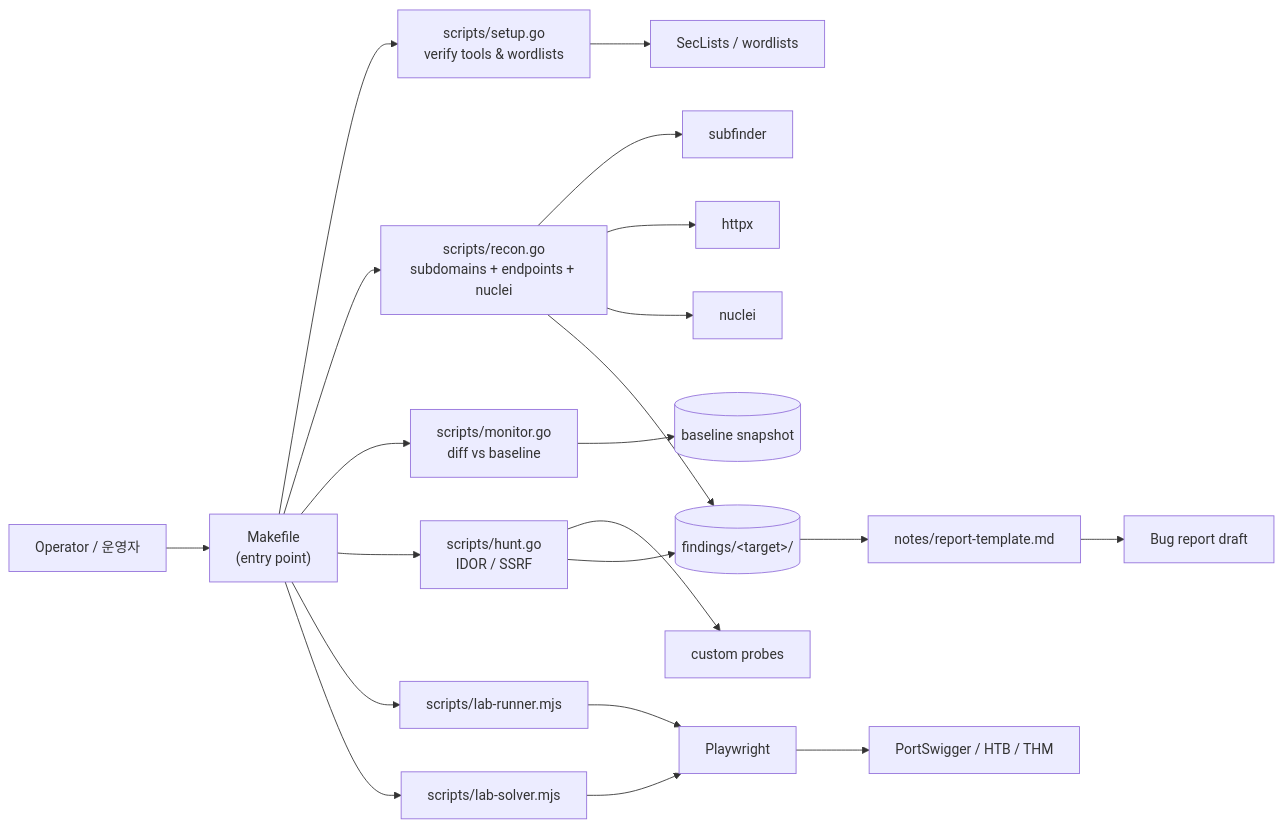
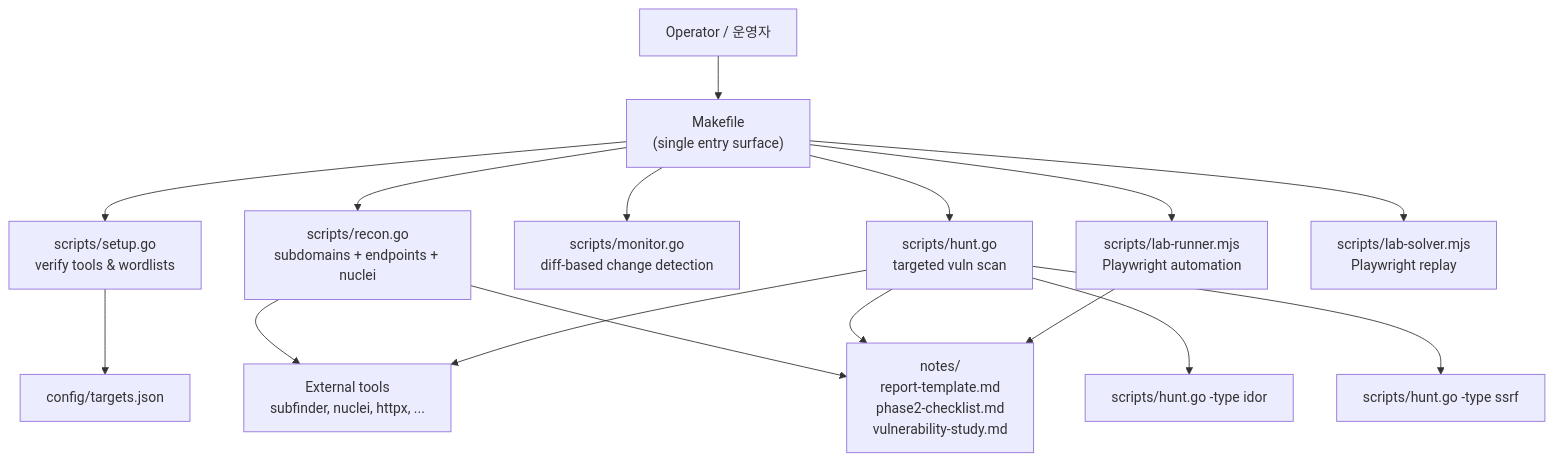
One commit to jclee941/bug changed the diagram in README.md. Above: the diagram before and after it, drawn with Mermaid. The commit also changed other lines of this file, not shown here.

````diff
--- a/README.md
+++ b/README.md
@@ -78,28 +67,32 @@
 ```mermaid
-flowchart LR
-    Operator["Operator / 운영자"] --> Make["Makefile<br/>(entry point)"]
+flowchart TD
+    User["Operator / 운영자"]
+    Make["Makefile<br/>(single entry surface)"]
+    Setup["scripts/setup.go<br/>verify tools &amp; wordlists"]
+    Recon["scripts/recon.go<br/>subdomains + endpoints + nuclei"]
+    Monitor["scripts/monitor.go<br/>diff-based change detection"]
+    Hunt["scripts/hunt.go<br/>targeted vuln scan"]
+    HuntIDOR["scripts/hunt.go -type idor"]
+    HuntSSRF["scripts/hunt.go -type ssrf"]
+    LabRunner["scripts/lab-runner.mjs<br/>Playwright automation"]
+    LabSolver["scripts/lab-solver.mjs<br/>Playwright replay"]
+    Targets["config/targets.json"]
+    Notes["notes/<br/>report-template.md<br/>phase2-checklist.md<br/>vulnerability-study.md"]
+    ExternalTools["External tools<br/>subfinder, nuclei, httpx, ..."]
 
-    Make --> Setup["scripts/setup.go<br/>verify tools &amp; wordlists"]
-    Make --> Recon["scripts/recon.go<br/>subdomains + endpoints + nuclei"]
-    Make --> Monitor["scripts/monitor.go<br/>diff vs baseline"]
-    Make --> Hunt["scripts/hunt.go<br/>IDOR / SSRF"]
-
-    Recon --> Subfinder["subfinder"]
-    Recon --> Httpx["httpx"]
-    Recon --> Nuclei["nuclei"]
-    Hunt --> Custom["custom probes"]
-
-    Setup --> Wordlists["SecLists / wordlists"]
-    Monitor --> Baseline[("baseline snapshot")]
-    Recon --> Out[("findings/&lt;target&gt;/")]
-    Hunt --> Out
-
-    Make --> LabRunner["scripts/lab-runner.mjs"]
-    Make --> LabSolver["scripts/lab-solver.mjs"]
-    LabRunner --> PW["Playwright"]
-    LabSolver --> PW
-    PW --> Academy["PortSwigger / HTB / THM"]
-
-    Out --> Notes["notes/report-template.md"]
-    Notes --> Report["Bug report draft"]
+    User --> Make
+    Make --> Setup
+    Make --> Recon
+    Make --> Monitor
+    Make --> Hunt
+    Hunt --> HuntIDOR
+    Hunt --> HuntSSRF
+    Make --> LabRunner
+    Make --> LabSolver
+    Recon --> ExternalTools
+    Hunt --> ExternalTools
+    Setup --> Targets
+    Recon --> Notes
+    Hunt --> Notes
+    LabRunner --> Notes
 ```
````
